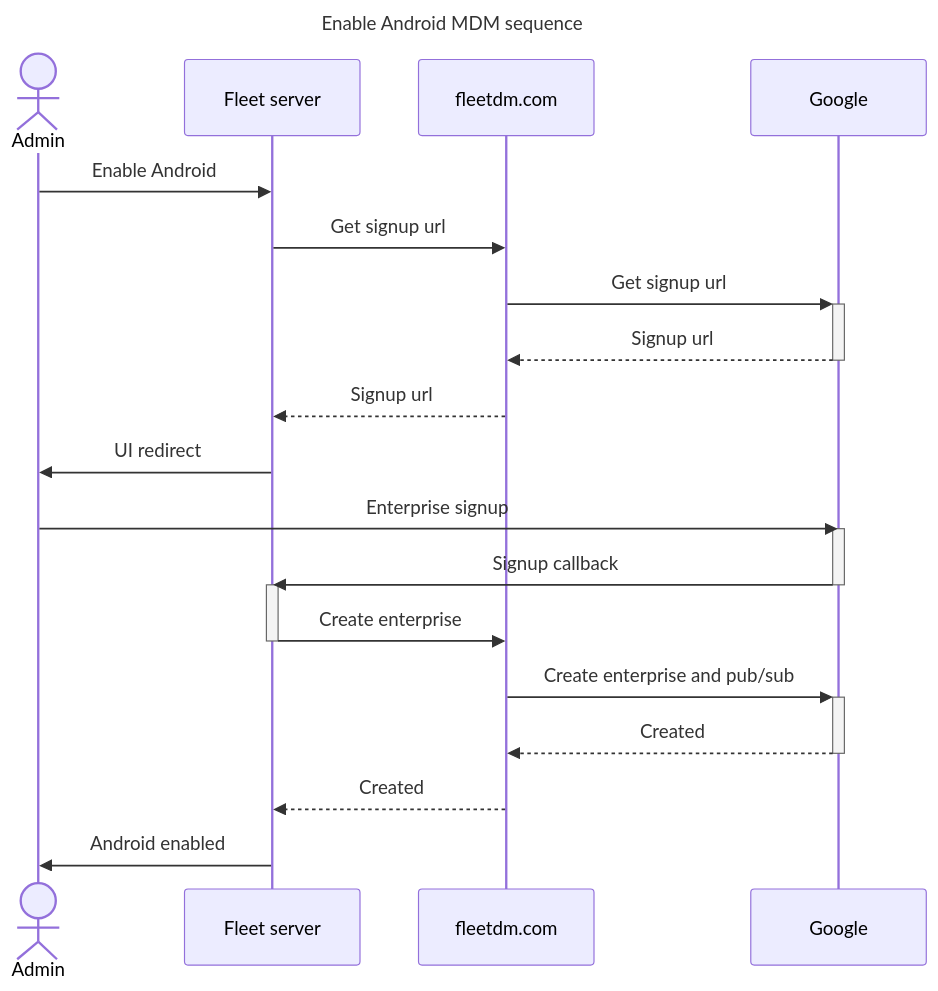
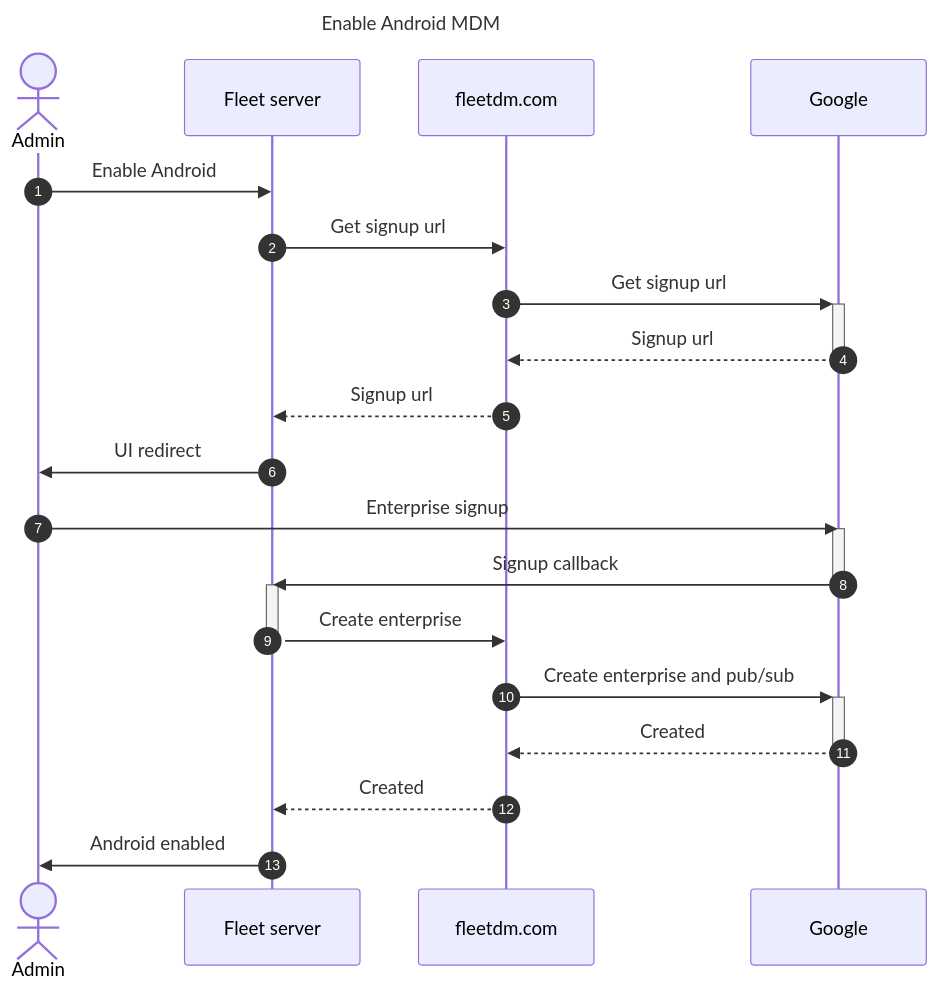
The first of 2 diagrams in docs/Contributing/MDM-Android.md (fleetdm/fleet), drawn with Mermaid before and after one commit. The commit also changed other lines of this file, not shown here.

Commit message:
More clarity/cleanup to sequence diagrams.

````diff
--- a/docs/Contributing/MDM-Android.md
+++ b/docs/Contributing/MDM-Android.md
@@ -28,27 +28,30 @@
 ```mermaid
 ---
-title: Enable Android MDM sequence
+title: Enable Android MDM
 ---
 sequenceDiagram
+    autonumber
     actor Admin
     participant Fleet server
     participant fleetdm.com
     participant Google
+
     Admin->>Fleet server: Enable Android
     Fleet server->>fleetdm.com: Get signup url
     fleetdm.com->>+Google: Get signup url
     Google-->>-fleetdm.com: Signup url
     fleetdm.com-->>Fleet server: Signup url
     Fleet server->>Admin: UI redirect
+
     Admin->>Google: Enterprise signup
     activate Google
     Google->>Fleet server: Signup callback
     deactivate Google
     activate Fleet server
     Fleet server->>fleetdm.com: Create enterprise
     deactivate Fleet server
     fleetdm.com->>+Google: Create enterprise and pub/sub
     Google-->>-fleetdm.com: Created
     fleetdm.com-->>Fleet server: Created
     Fleet server->>Admin: Android enabled
 ```
````
